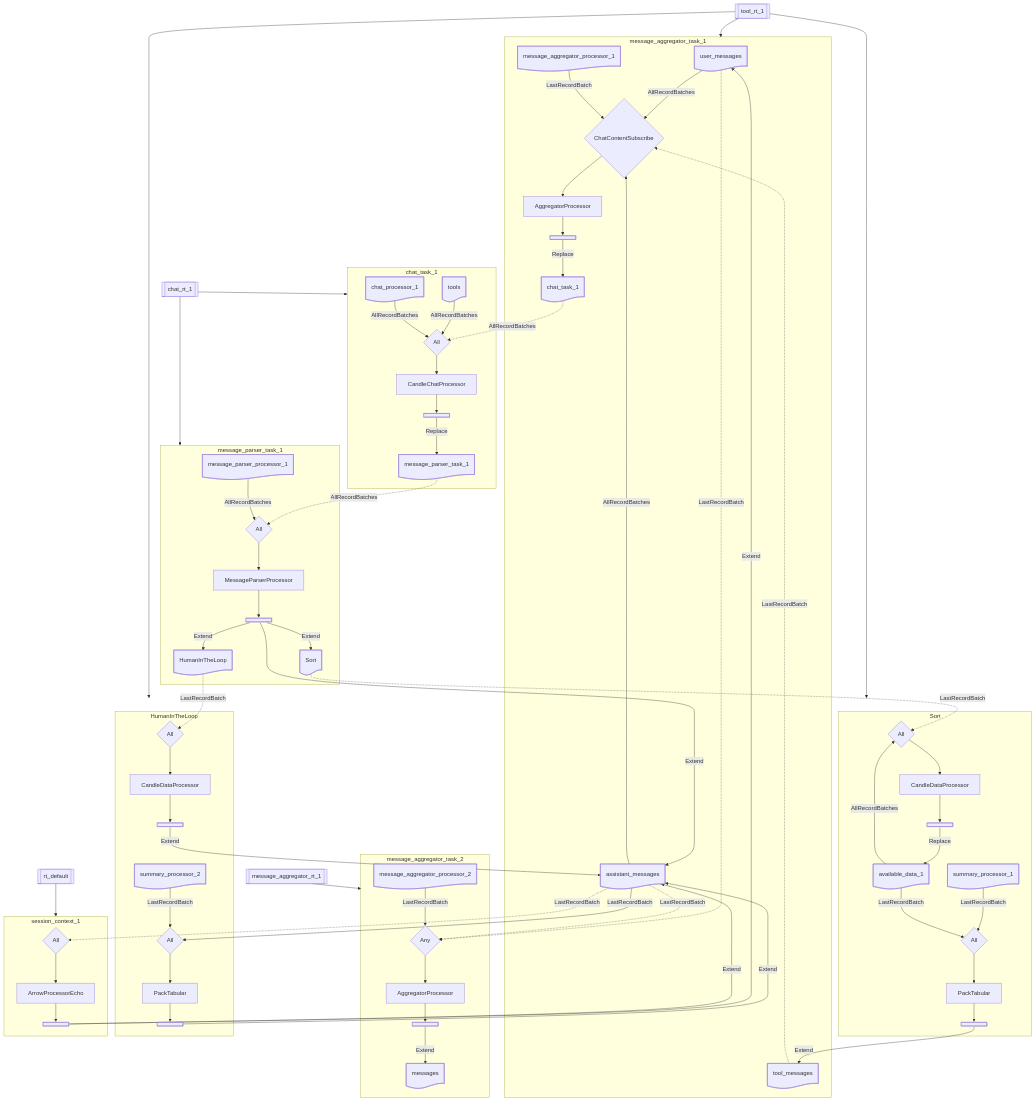
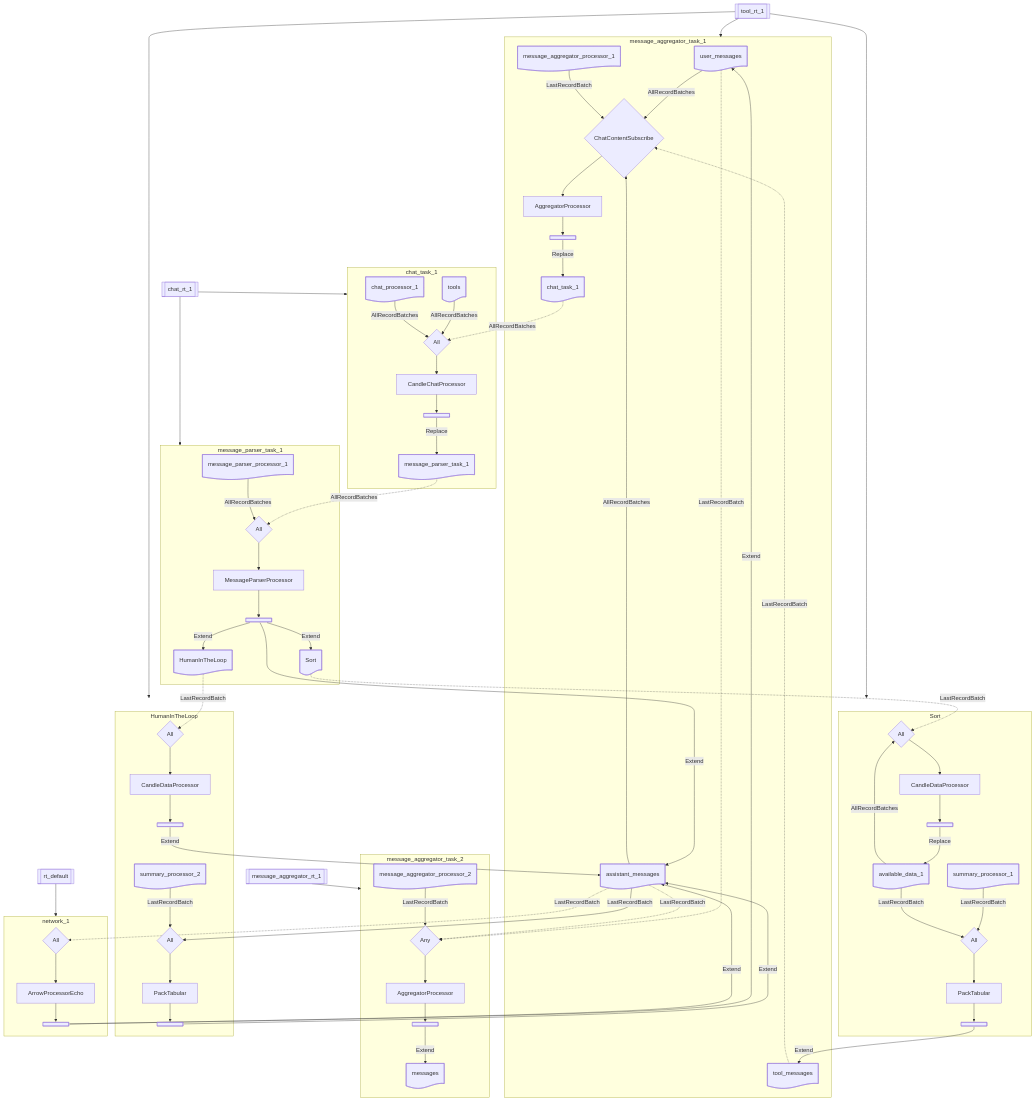
The second of 2 diagrams in phymes-book/src/phymes-network/tool_agent.md (biom8er/phymes), drawn with Mermaid before and after one commit. The commit also changed 61 other files, not shown here.

````diff
--- a/phymes-book/src/phymes-network/tool_agent.md
+++ b/phymes-book/src/phymes-network/tool_agent.md
@@ -79,12 +79,12 @@
 		summary_processor_2-processor-->summary_processor_2-publish
 		summary_processor_2-publish--Extend-->assistant_messages-subject
 	end
-	subgraph session_context_1
-		assistant_messages-subject-.LastRecordBatch.->session_context_1-subscribe
-		session_context_1-subscribe-->session_context_1-processor
-		session_context_1-processor-->session_context_1-publish
-		session_context_1-publish--Extend-->user_messages-subject
-		session_context_1-publish--Extend-->assistant_messages-subject
+	subgraph network_1
+		assistant_messages-subject-.LastRecordBatch.->network_1-subscribe
+		network_1-subscribe-->network_1-processor
+		network_1-processor-->network_1-publish
+		network_1-publish--Extend-->user_messages-subject
+		network_1-publish--Extend-->assistant_messages-subject
 	end
 	tool_rt_1-rt-->message_aggregator_task_1
 	message_aggregator_rt_1-rt-->message_aggregator_task_2
@@ -92,7 +92,7 @@
 	chat_rt_1-rt-->message_parser_task_1
 	tool_rt_1-rt-->Sort
 	tool_rt_1-rt-->HumanInTheLoop
-	rt_default-rt-->session_context_1
+	rt_default-rt-->network_1
 	message_aggregator_processor_1-processor@{shape: rect, label: AggregatorProcessor}
 	message_aggregator_processor_2-processor@{shape: rect, label: AggregatorProcessor}
 	chat_processor_1-processor@{shape: rect, label: CandleChatProcessor}
@@ -101,7 +101,7 @@
 	HumanInTheLoop-processor@{shape: rect, label: CandleDataProcessor}
 	summary_processor_1-processor@{shape: rect, label: PackTabular}
 	summary_processor_2-processor@{shape: rect, label: PackTabular}
-	session_context_1-processor@{shape: rect, label: ArrowProcessorEcho}
+	network_1-processor@{shape: rect, label: ArrowProcessorEcho}
 	chat_rt_1-rt@{shape: subproc, label: chat_rt_1}
 	message_aggregator_rt_1-rt@{shape: subproc, label: message_aggregator_rt_1}
 	rt_default-rt@{shape: subproc, label: rt_default}
@@ -128,7 +128,7 @@
 	message_aggregator_processor_1-publish@{shape: fork}
 	message_aggregator_processor_2-publish@{shape: fork}
 	message_parser_processor_1-publish@{shape: fork}
-	session_context_1-publish@{shape: fork}
+	network_1-publish@{shape: fork}
 	summary_processor_1-publish@{shape: fork}
 	summary_processor_2-publish@{shape: fork}
 	HumanInTheLoop-subscribe@{shape: diamond, label: All}
@@ -137,7 +137,7 @@
 	message_aggregator_processor_1-subscribe@{shape: diamond, label: ChatContentSubscribe}
 	message_aggregator_processor_2-subscribe@{shape: diamond, label: Any}
 	message_parser_processor_1-subscribe@{shape: diamond, label: All}
-	session_context_1-subscribe@{shape: diamond, label: All}
+	network_1-subscribe@{shape: diamond, label: All}
 	summary_processor_1-subscribe@{shape: diamond, label: All}
 	summary_processor_2-subscribe@{shape: diamond, label: All}
 ```
````
